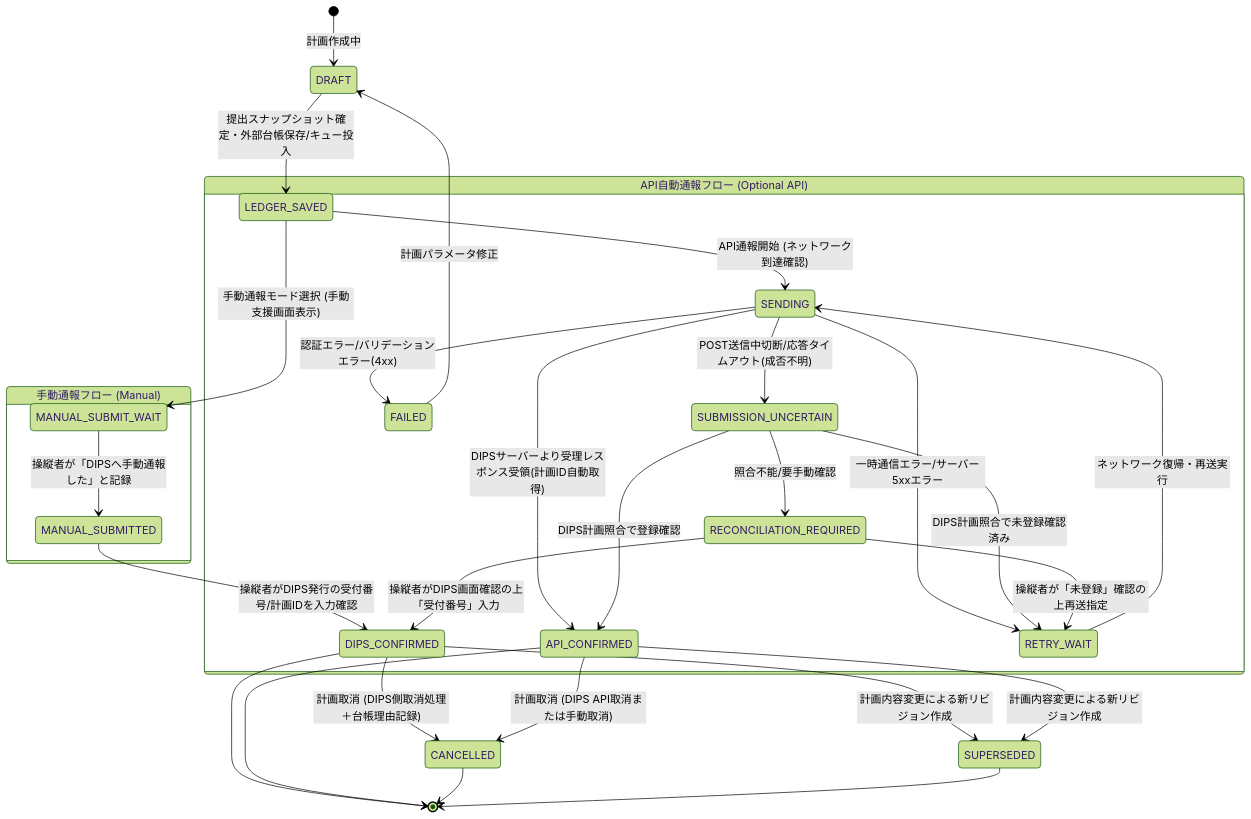
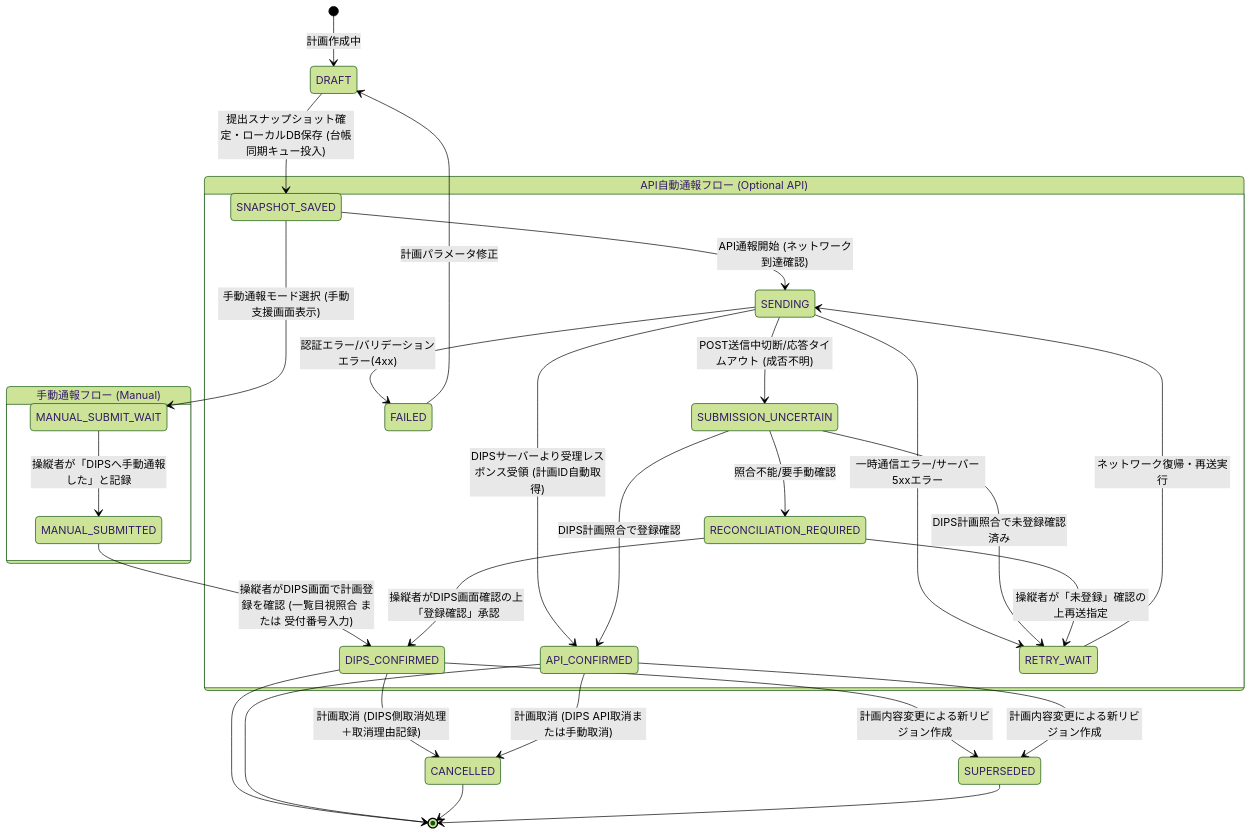
Before and after one commit to ikifuse/drone-flight-ops: the second of 2 diagrams in docs/architecture/13_state-machines.md, drawn with Mermaid (forest theme). The commit also changed other lines of this file and 14 other files, not shown here.

````diff
--- a/docs/architecture/13_state-machines.md
+++ b/docs/architecture/13_state-machines.md
@@ -90,41 +91,41 @@
 ```mermaid
 stateDiagram-v2
     [*] --> DRAFT : 計画作成中
     
-    DRAFT --> LEDGER_SAVED : 提出スナップショット確定・外部台帳保存/キュー投入
+    DRAFT --> SNAPSHOT_SAVED : 提出スナップショット確定・ローカルDB保存 (台帳同期キュー投入)
     
     state "手動通報フロー (Manual)" as ManualFlow {
-        LEDGER_SAVED --> MANUAL_SUBMIT_WAIT : 手動通報モード選択 (手動支援画面表示)
+        SNAPSHOT_SAVED --> MANUAL_SUBMIT_WAIT : 手動通報モード選択 (手動支援画面表示)
         MANUAL_SUBMIT_WAIT --> MANUAL_SUBMITTED : 操縦者が「DIPSへ手動通報した」と記録
-        MANUAL_SUBMITTED --> DIPS_CONFIRMED : 操縦者がDIPS発行の受付番号/計画IDを入力確認
+        MANUAL_SUBMITTED --> DIPS_CONFIRMED : 操縦者がDIPS画面で計画登録を確認 (一覧目視照合 または 受付番号入力)
     }
     
     state "API自動通報フロー (Optional API)" as ApiFlow {
-        LEDGER_SAVED --> SENDING : API通報開始 (ネットワーク到達確認)
-        SENDING --> API_CONFIRMED : DIPSサーバーより受理レスポンス受領(計画ID自動取得)
+        SNAPSHOT_SAVED --> SENDING : API通報開始 (ネットワーク到達確認)
+        SENDING --> API_CONFIRMED : DIPSサーバーより受理レスポンス受領 (計画ID自動取得)
         SENDING --> FAILED : 認証エラー/バリデーションエラー(4xx)
         SENDING --> RETRY_WAIT : 一時通信エラー/サーバー5xxエラー
-        SENDING --> SUBMISSION_UNCERTAIN : POST送信中切断/応答タイムアウト(成否不明)
+        SENDING --> SUBMISSION_UNCERTAIN : POST送信中切断/応答タイムアウト (成否不明)
         
         SUBMISSION_UNCERTAIN --> API_CONFIRMED : DIPS計画照合で登録確認
         SUBMISSION_UNCERTAIN --> RETRY_WAIT : DIPS計画照合で未登録確認済み
         SUBMISSION_UNCERTAIN --> RECONCILIATION_REQUIRED : 照合不能/要手動確認
         
-        RECONCILIATION_REQUIRED --> DIPS_CONFIRMED : 操縦者がDIPS画面確認の上「受付番号」入力
+        RECONCILIATION_REQUIRED --> DIPS_CONFIRMED : 操縦者がDIPS画面確認の上「登録確認」承認
         RECONCILIATION_REQUIRED --> RETRY_WAIT : 操縦者が「未登録」確認の上再送指定
         
         RETRY_WAIT --> SENDING : ネットワーク復帰・再送実行
     }
     
     FAILED --> DRAFT : 計画パラメータ修正
     
     DIPS_CONFIRMED --> SUPERSEDED : 計画内容変更による新リビジョン作成
     API_CONFIRMED --> SUPERSEDED : 計画内容変更による新リビジョン作成
-    DIPS_CONFIRMED --> CANCELLED : 計画取消 (DIPS側取消処理＋台帳理由記録)
+    DIPS_CONFIRMED --> CANCELLED : 計画取消 (DIPS側取消処理＋取消理由記録)
     API_CONFIRMED --> CANCELLED : 計画取消 (DIPS API取消または手動取消)
     
     DIPS_CONFIRMED --> [*]
     API_CONFIRMED --> [*]
     CANCELLED --> [*]
     SUPERSEDED --> [*]
 ```
````
